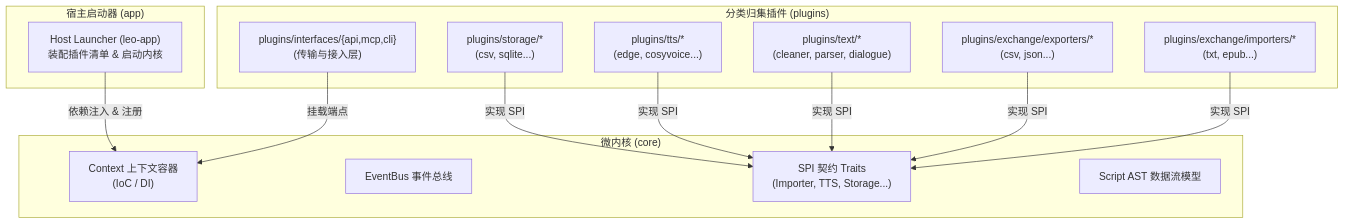
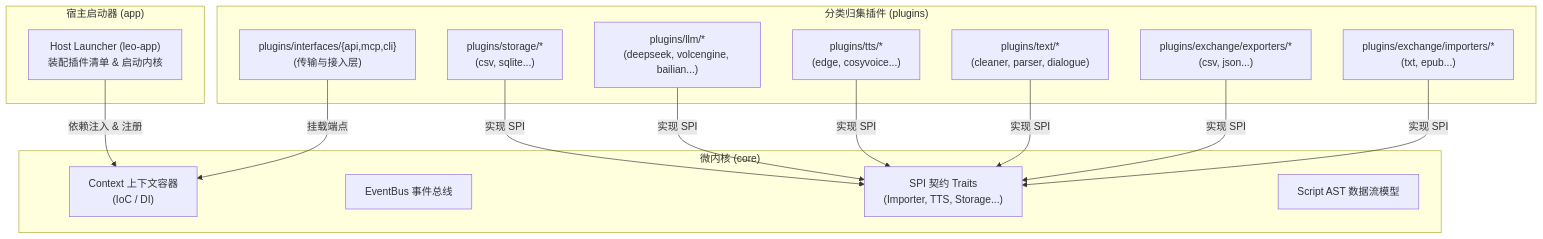
Before and after one commit to CherryKingOne/leo-studio: the first of 2 diagrams in docs/plugins/README.md, drawn with Mermaid. The commit also changed other lines of this file and 42 other files, not shown here.

````diff
--- a/docs/plugins/README.md
+++ b/docs/plugins/README.md
@@ -23,31 +24,33 @@
 ```mermaid
 graph TD
     subgraph Core ["微内核 (core)"]
         Context["Context 上下文容器\n(IoC / DI)"]
         Bus["EventBus 事件总线"]
         SPI["SPI 契约 Traits\n(Importer, TTS, Storage...)"]
         AST["Script AST 数据流模型"]
     end
 
     subgraph Plugins ["分类归集插件 (plugins)"]
         Imp["plugins/exchange/importers/*\n(txt, epub...)"]
         Exp["plugins/exchange/exporters/*\n(csv, json...)"]
         Txt["plugins/text/*\n(cleaner, parser, dialogue)"]
         TTS["plugins/tts/*\n(edge, cosyvoice...)"]
+        LLM["plugins/llm/*\n(deepseek, volcengine, bailian...)"]
         Sto["plugins/storage/*\n(csv, sqlite...)"]
         Trans["plugins/interfaces/{api,mcp,cli}\n(传输与接入层)"]
     end
 
     subgraph Host ["宿主启动器 (app)"]
         Launcher["Host Launcher (leo-app)\n装配插件清单 & 启动内核"]
     end
 
     Imp -->|实现 SPI| SPI
     Exp -->|实现 SPI| SPI
     Txt -->|实现 SPI| SPI
     TTS -->|实现 SPI| SPI
+    LLM -->|实现 SPI| SPI
     Sto -->|实现 SPI| SPI
     Trans -->|挂载端点| Context
 
     Launcher -->|依赖注入 & 注册| Context
 ```
````
